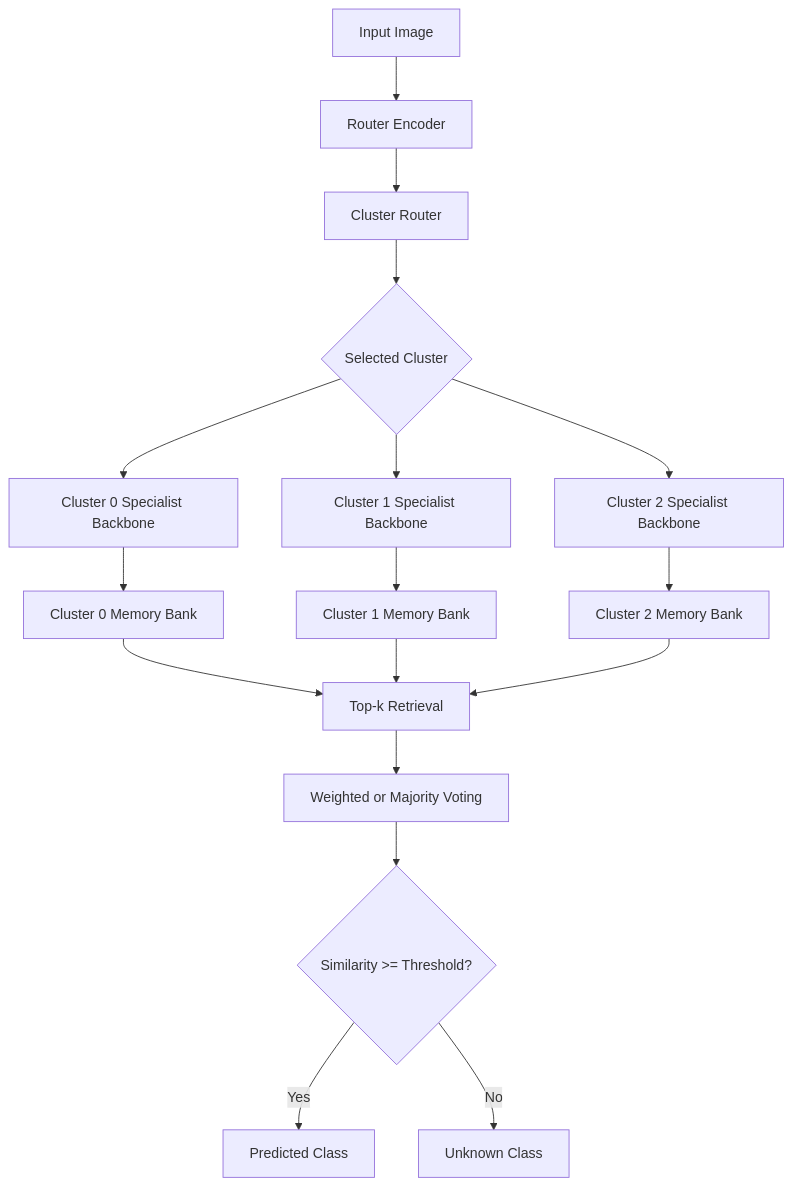
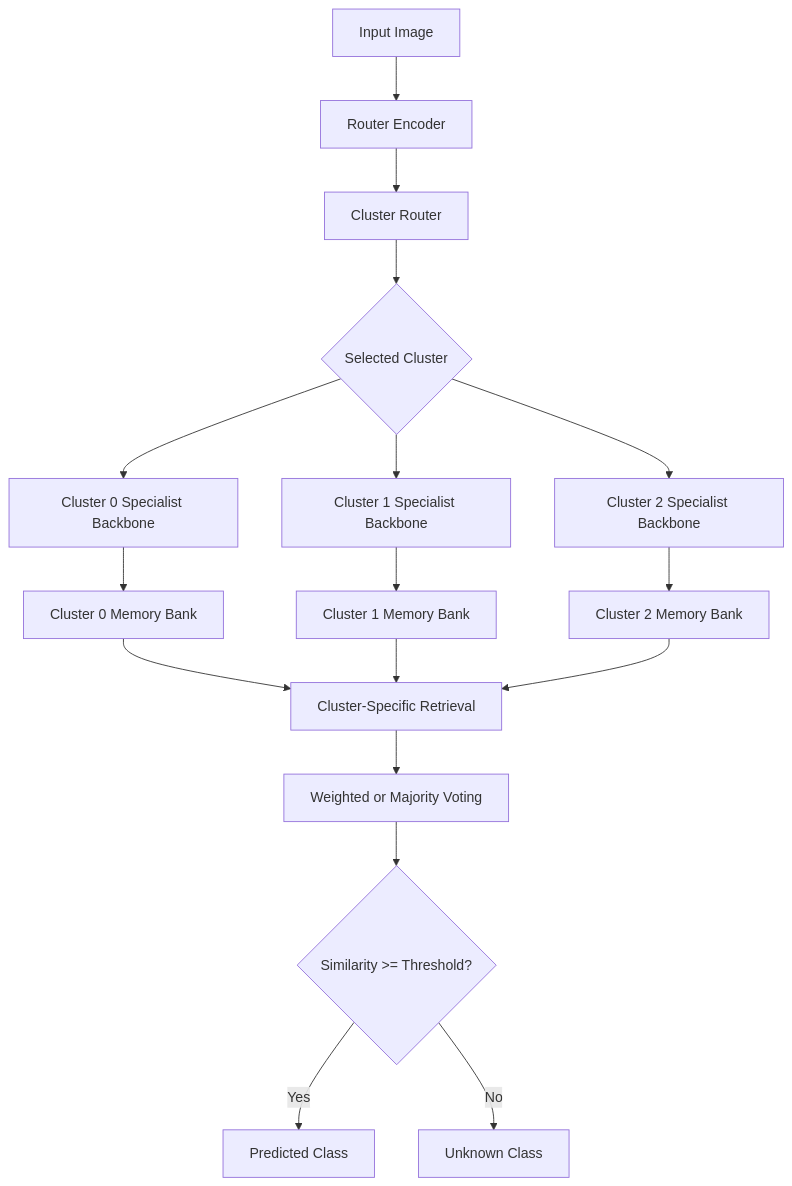
The first of 3 diagrams in README.md (Hokimastah/CRISP-v2), drawn with Mermaid before and after one commit. The commit also changed other lines of this file and 1 other file, not shown here.

````diff
--- a/README.md
+++ b/README.md
@@ -232,19 +762,23 @@
 ```mermaid
 flowchart TD
     A[Input Image] --> B[Router Encoder]
     B --> C[Cluster Router]
     C --> D{Selected Cluster}
+
     D --> E0[Cluster 0 Specialist Backbone]
     D --> E1[Cluster 1 Specialist Backbone]
     D --> E2[Cluster 2 Specialist Backbone]
+
     E0 --> F0[Cluster 0 Memory Bank]
     E1 --> F1[Cluster 1 Memory Bank]
     E2 --> F2[Cluster 2 Memory Bank]
-    F0 --> G[Top-k Retrieval]
+
+    F0 --> G[Cluster-Specific Retrieval]
     F1 --> G
     F2 --> G
+
     G --> H[Weighted or Majority Voting]
     H --> I{Similarity >= Threshold?}
     I -->|Yes| J[Predicted Class]
     I -->|No| K[Unknown Class]
 ```
````
